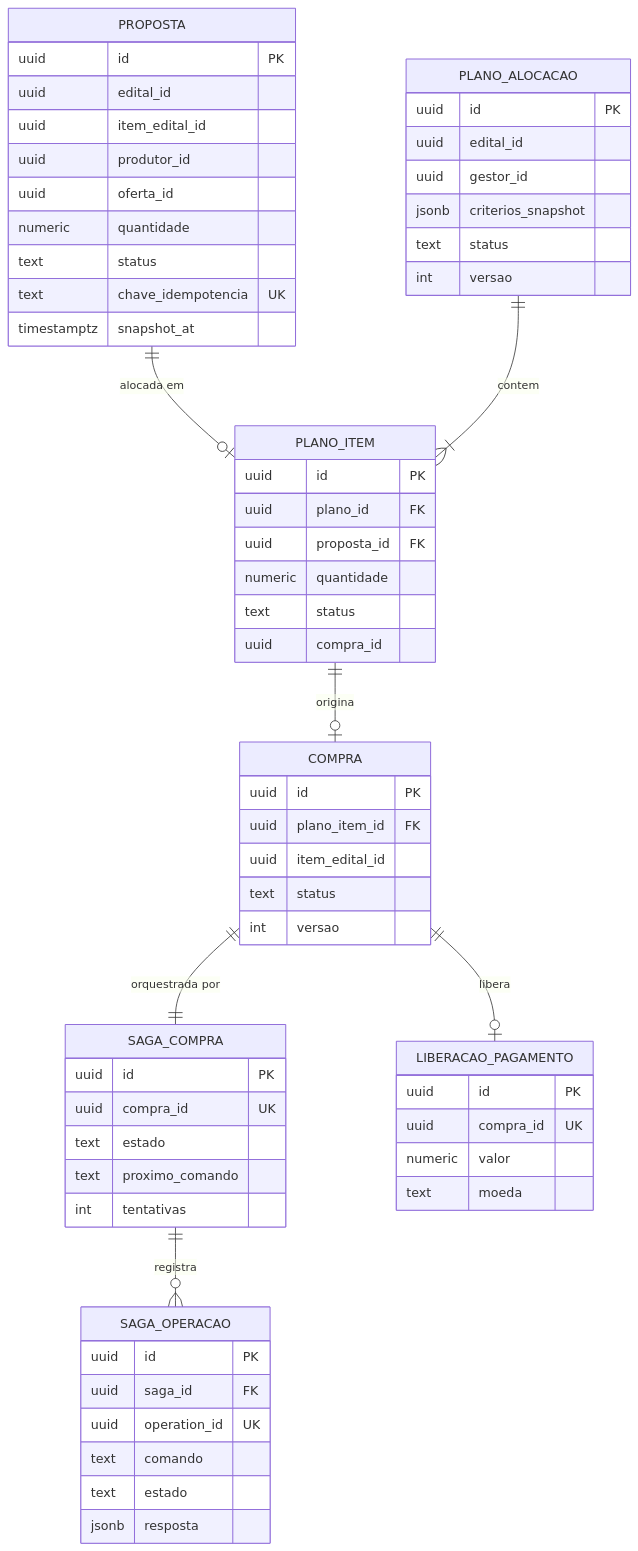
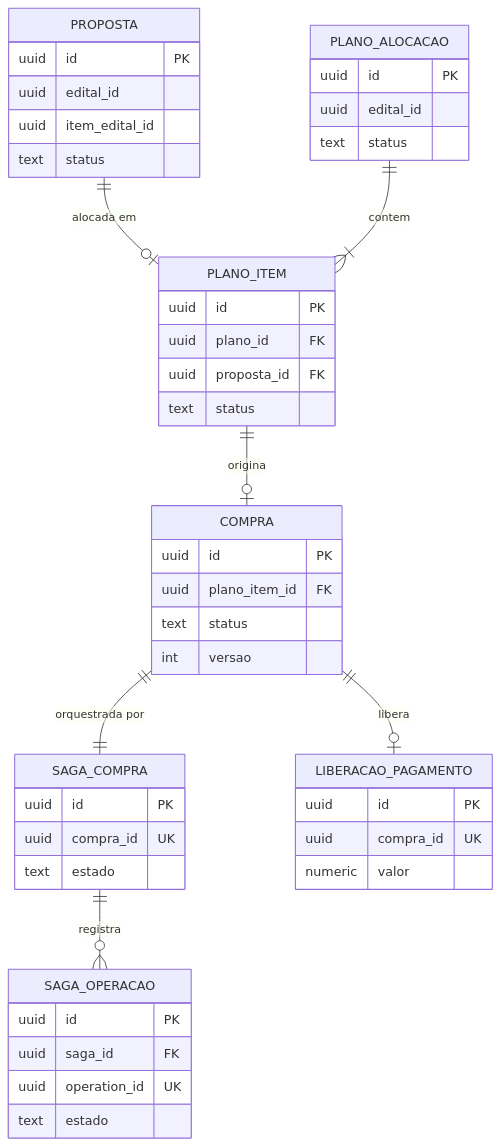
Before and after one commit to camidebem/CampoConecta: the first of 4 diagrams in docs/parte2/02-dados-outbox.md, drawn with Mermaid. The commit also changed other lines of this file, not shown here.

Commit message:
docs: enxuga diagrama de dados

````diff
--- a/docs/parte2/02-dados-outbox.md
+++ b/docs/parte2/02-dados-outbox.md
@@ -79,65 +79,49 @@
 ```mermaid
 erDiagram
     PROPOSTA ||--o| PLANO_ITEM : "alocada em"
     PLANO_ALOCACAO ||--|{ PLANO_ITEM : "contem"
     PLANO_ITEM ||--o| COMPRA : "origina"
     COMPRA ||--|| SAGA_COMPRA : "orquestrada por"
     SAGA_COMPRA ||--o{ SAGA_OPERACAO : "registra"
     COMPRA ||--o| LIBERACAO_PAGAMENTO : "libera"
 
     PROPOSTA {
         uuid id PK
         uuid edital_id
         uuid item_edital_id
-        uuid produtor_id
-        uuid oferta_id
-        numeric quantidade
         text status
-        text chave_idempotencia UK
-        timestamptz snapshot_at
     }
     PLANO_ALOCACAO {
         uuid id PK
         uuid edital_id
-        uuid gestor_id
-        jsonb criterios_snapshot
         text status
-        int versao
     }
     PLANO_ITEM {
         uuid id PK
         uuid plano_id FK
         uuid proposta_id FK
-        numeric quantidade
         text status
-        uuid compra_id
     }
     COMPRA {
         uuid id PK
         uuid plano_item_id FK
-        uuid item_edital_id
         text status
         int versao
     }
     SAGA_COMPRA {
         uuid id PK
         uuid compra_id UK
         text estado
-        text proximo_comando
-        int tentativas
     }
     SAGA_OPERACAO {
         uuid id PK
         uuid saga_id FK
         uuid operation_id UK
-        text comando
         text estado
-        jsonb resposta
     }
     LIBERACAO_PAGAMENTO {
         uuid id PK
         uuid compra_id UK
         numeric valor
-        text moeda
     }
 ```
````
